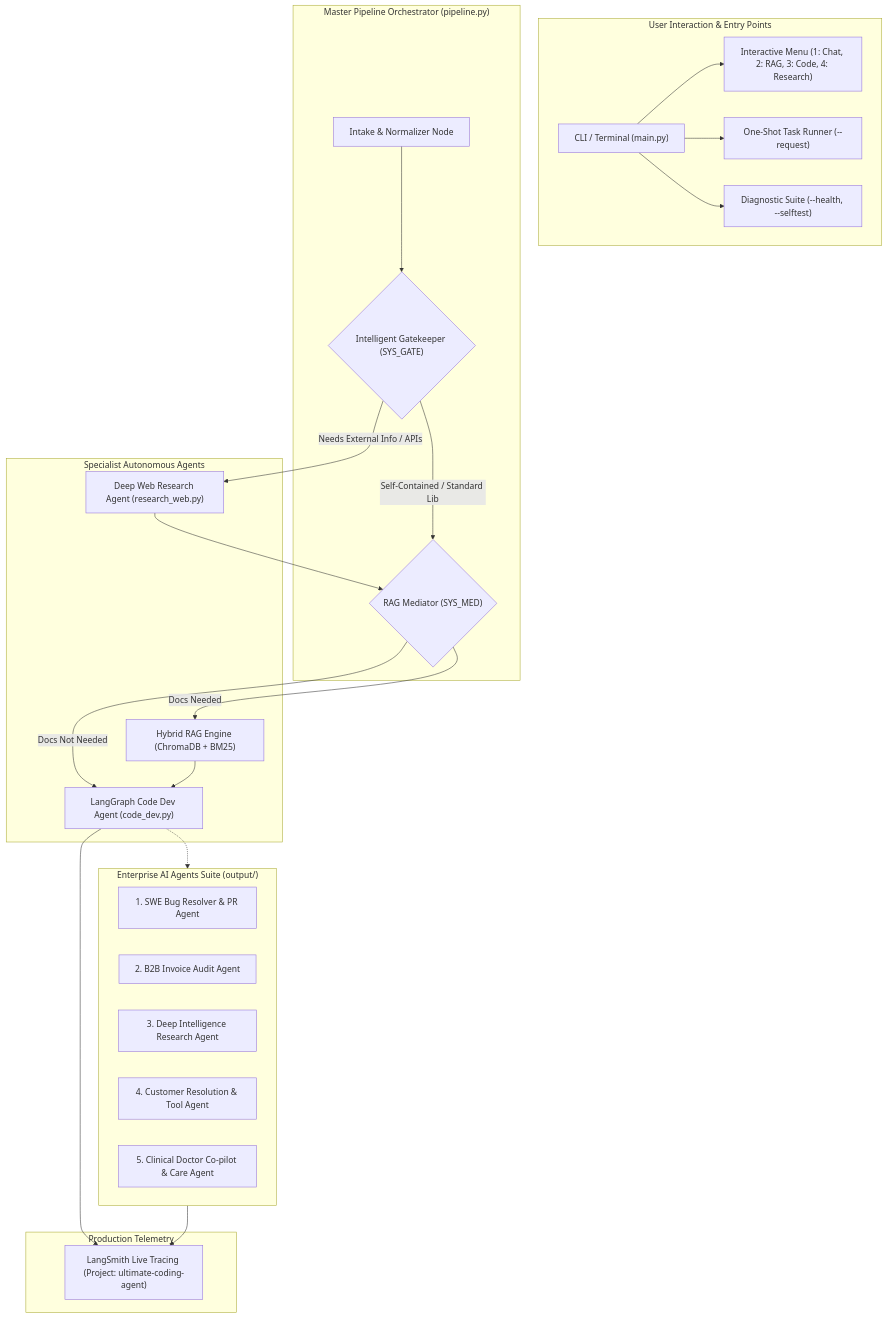
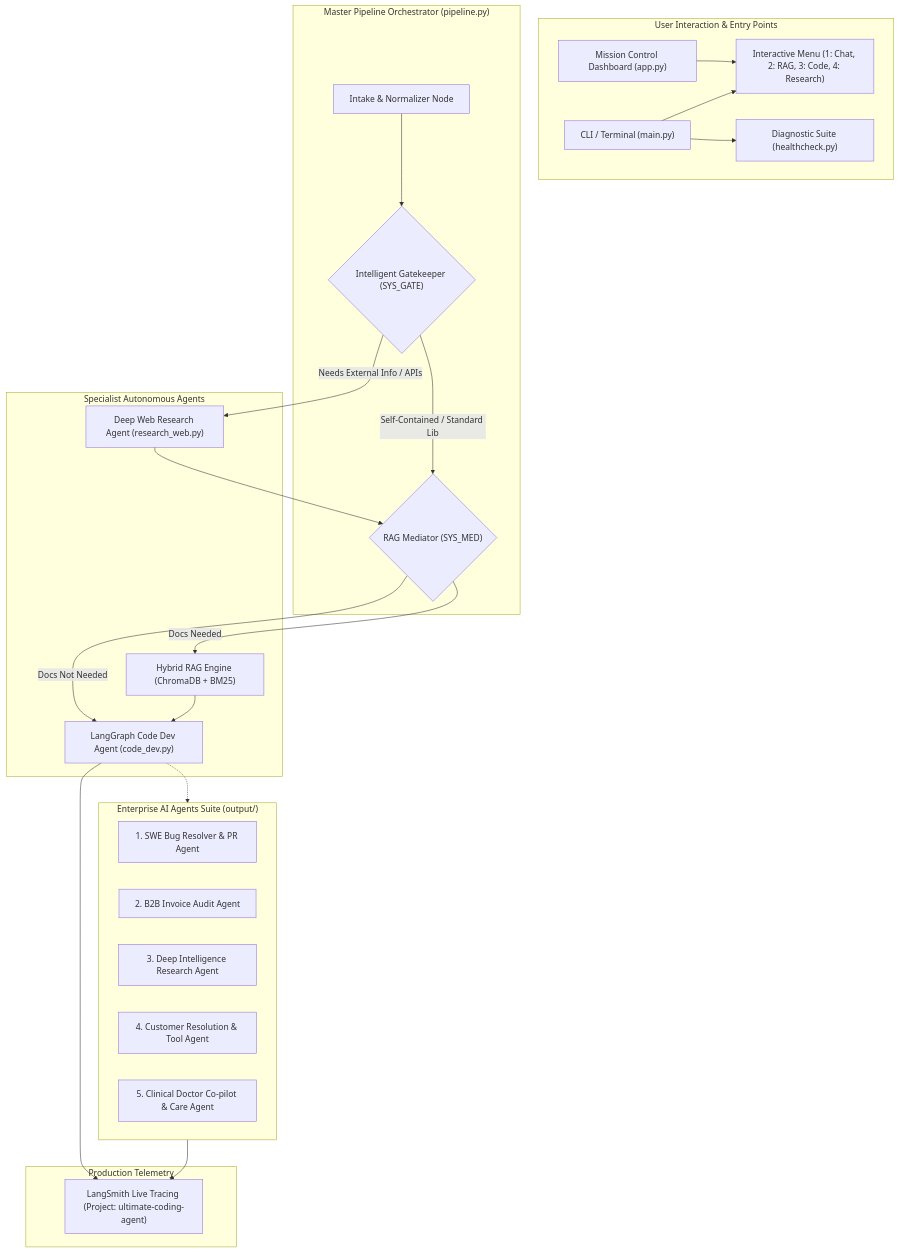
The first of 2 diagrams in README.md (XestalNitish/ultimate-coding-agent), drawn with Mermaid before and after one commit. The commit also changed other lines of this file and 12 other files, not shown here.

````diff
--- a/README.md
+++ b/README.md
@@ -35,50 +37,50 @@
 ```mermaid
 flowchart TB
     subgraph UI_Layer["User Interaction & Entry Points"]
         CLI["CLI / Terminal (main.py)"]
+        StreamlitUI["Mission Control Dashboard (app.py)"]
         InteractiveMenu["Interactive Menu (1: Chat, 2: RAG, 3: Code, 4: Research)"]
-        AutomatedTask["One-Shot Task Runner (--request)"]
-        HealthCheck["Diagnostic Suite (--health, --selftest)"]
+        HealthCheck["Diagnostic Suite (healthcheck.py)"]
     end
 
     subgraph Core_Orchestrator["Master Pipeline Orchestrator (pipeline.py)"]
         Intake["Intake & Normalizer Node"]
         Gatekeeper{"Intelligent Gatekeeper (SYS_GATE)"}
         Mediator{"RAG Mediator (SYS_MED)"}
     end
 
     subgraph Specialist_Agents["Specialist Autonomous Agents"]
         ResearchAgent["Deep Web Research Agent (research_web.py)"]
         RAGSystem["Hybrid RAG Engine (ChromaDB + BM25)"]
         CodeDevAgent["LangGraph Code Dev Agent (code_dev.py)"]
     end
 
     subgraph RealWorld_Suite["Enterprise AI Agents Suite (output/)"]
         SWEAgent["1. SWE Bug Resolver & PR Agent"]
         InvoiceAgent["2. B2B Invoice Audit Agent"]
         DeepResearch["3. Deep Intelligence Research Agent"]
         SupportAgent["4. Customer Resolution & Tool Agent"]
         ClinicalAgent["5. Clinical Doctor Co-pilot & Care Agent"]
     end
 
     subgraph Observability_Layer["Production Telemetry"]
         LangSmith["LangSmith Live Tracing (Project: ultimate-coding-agent)"]
     end
 
     CLI --> InteractiveMenu
-    CLI --> AutomatedTask
+    StreamlitUI --> InteractiveMenu
     CLI --> HealthCheck
 
     Intake --> Gatekeeper
     Gatekeeper -->|"Needs External Info / APIs"| ResearchAgent
     Gatekeeper -->|"Self-Contained / Standard Lib"| Mediator
     ResearchAgent --> Mediator
 
     Mediator -->|"Docs Needed"| RAGSystem
     Mediator -->|"Docs Not Needed"| CodeDevAgent
     RAGSystem --> CodeDevAgent
 
     CodeDevAgent -.-> RealWorld_Suite
     RealWorld_Suite --> LangSmith
     CodeDevAgent --> LangSmith
 ```
````
